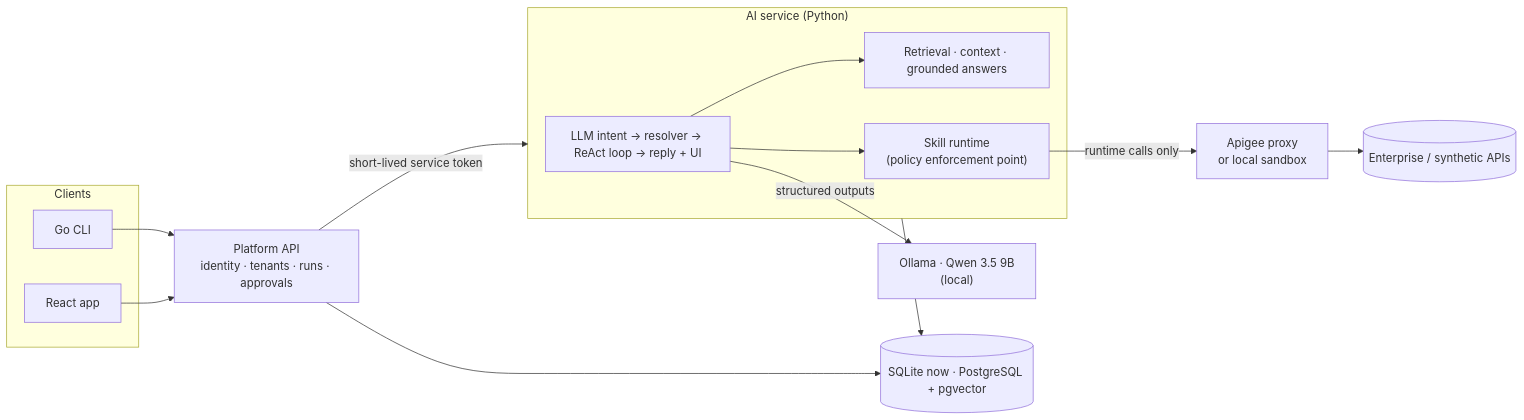
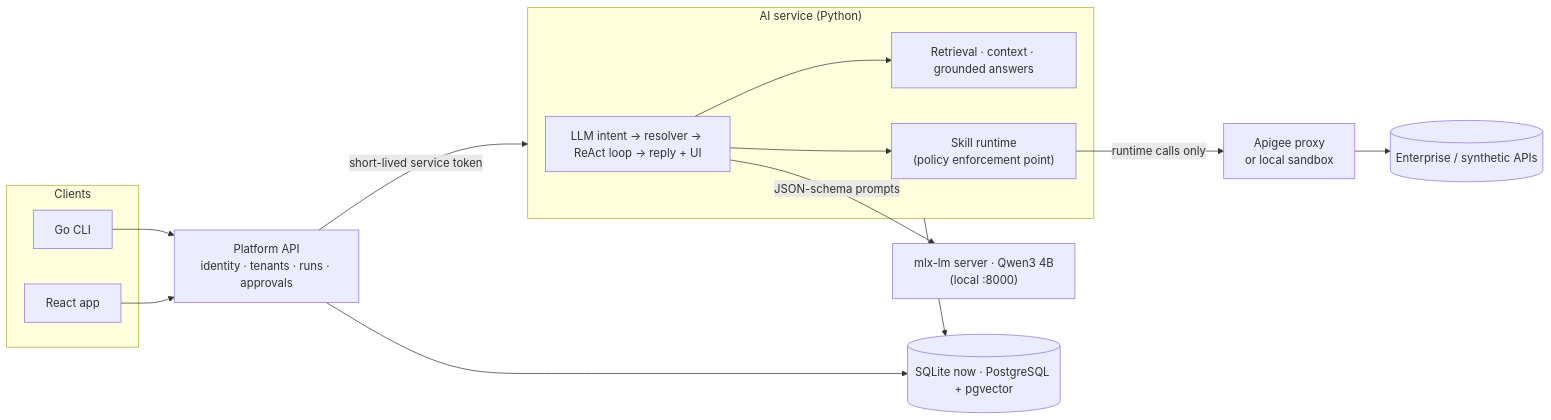
The diagram in README.md (joyrana/enterprise-api-copilot), drawn with Mermaid before and after one commit. The commit also changed other lines of this file and 26 other files, not shown here.

````diff
--- a/README.md
+++ b/README.md
@@ -108,23 +108,23 @@
 ```mermaid
 flowchart LR
   subgraph Clients
     CLI[Go CLI]
     Web[React app]
   end
   CLI --> Platform
   Web --> Platform
   Platform["Platform API<br/>identity · tenants · runs · approvals"]
   Platform -->|short-lived service token| Agent
   subgraph Agent["AI service (Python)"]
     Orchestrator["LLM intent → resolver → ReAct loop → reply + UI"]
     Knowledge["Retrieval · context · grounded answers"]
     Runtime["Skill runtime<br/>(policy enforcement point)"]
     Orchestrator --> Knowledge
     Orchestrator --> Runtime
   end
-  Orchestrator -->|structured outputs| LLM["Ollama · Qwen 3.5 9B<br/>(local)"]
+  Orchestrator -->|JSON-schema prompts| LLM["mlx-lm server · Qwen3 4B<br/>(local :8000)"]
   Runtime -->|runtime calls only| Gateway["Apigee proxy<br/>or local sandbox"]
   Gateway --> APIs[(Enterprise / synthetic APIs)]
   Agent --> Store[(SQLite now · PostgreSQL + pgvector)]
   Platform --> Store
 ```
````
